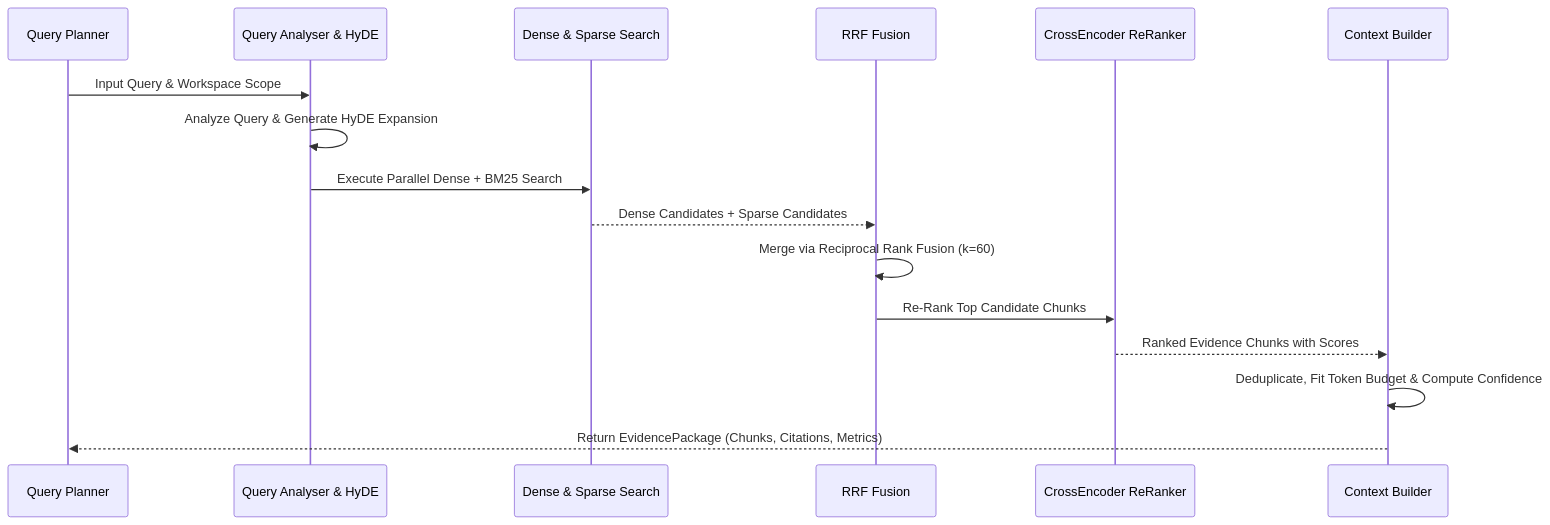
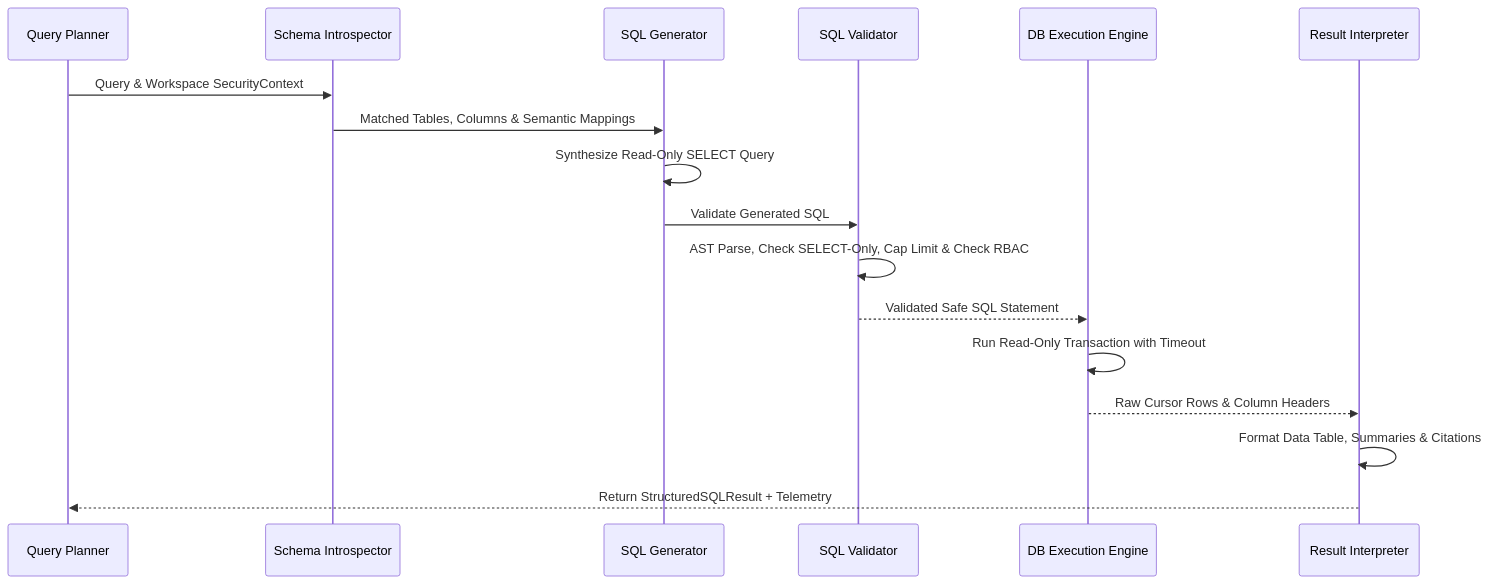
One commit to sreeram0343/ragtune changed the second of 2 diagrams in README.md. Above: the diagram before and after it, drawn with Mermaid. The commit also changed other lines of this file, not shown here.

Commit message:
docs: update README with Enterprise Text-to-SQL Engine architecture, AST validator rules, read-only execution engine, and diagrams

````diff
--- a/README.md
+++ b/README.md
@@ -83,19 +85,20 @@
 ```mermaid
 sequenceDiagram
     participant Planner as Query Planner
-    participant HyDE as Query Analyser & HyDE
-    participant Search as Dense & Sparse Search
-    participant Fusion as RRF Fusion
-    participant ReRanker as CrossEncoder ReRanker
-    participant Context as Context Builder
+    participant Schema as Schema Introspector
+    participant Gen as SQL Generator
+    participant Val as SQL Validator
+    participant Exec as DB Execution Engine
+    participant Interp as Result Interpreter
 
-    Planner->>HyDE: Input Query & Workspace Scope
-    HyDE->>HyDE: Analyze Query & Generate HyDE Expansion
-    HyDE->>Search: Execute Parallel Dense + BM25 Search
-    Search-->>Fusion: Dense Candidates + Sparse Candidates
-    Fusion->>Fusion: Merge via Reciprocal Rank Fusion (k=60)
-    Fusion->>ReRanker: Re-Rank Top Candidate Chunks
-    ReRanker-->>Context: Ranked Evidence Chunks with Scores
-    Context->>Context: Deduplicate, Fit Token Budget & Compute Confidence
-    Context-->>Planner: Return EvidencePackage (Chunks, Citations, Metrics)
+    Planner->>Schema: Query & Workspace SecurityContext
+    Schema->>Gen: Matched Tables, Columns & Semantic Mappings
+    Gen->>Gen: Synthesize Read-Only SELECT Query
+    Gen->>Val: Validate Generated SQL
+    Val->>Val: AST Parse, Check SELECT-Only, Cap Limit & Check RBAC
+    Val-->>Exec: Validated Safe SQL Statement
+    Exec->>Exec: Run Read-Only Transaction with Timeout
+    Exec-->>Interp: Raw Cursor Rows & Column Headers
+    Interp->>Interp: Format Data Table, Summaries & Citations
+    Interp-->>Planner: Return StructuredSQLResult + Telemetry
 ```
````
